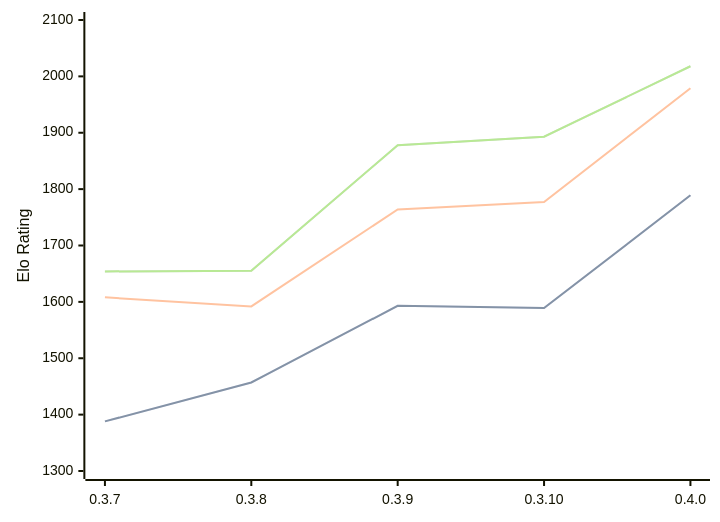
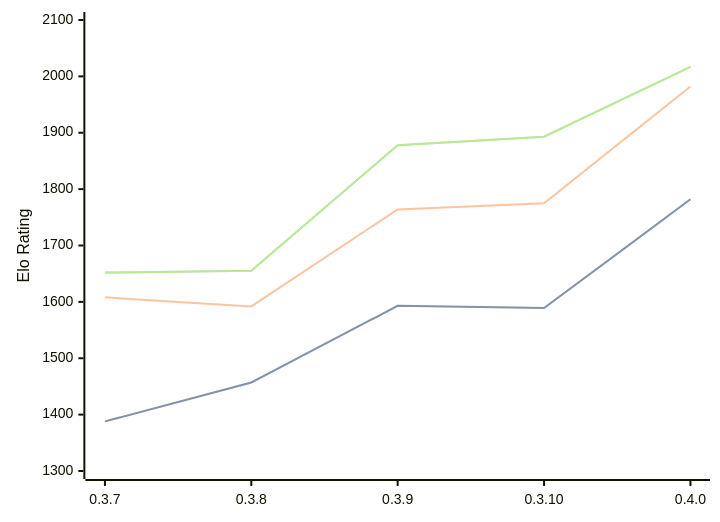
Before and after one commit to computer-chess-index/cci: the diagram in engines/Arche.md, drawn with Mermaid. The commit also changed other lines of this file, not shown here.

Commit message:
Update CCI Ratings (ELO VLTC) - 2026-09-03

````diff
--- a/engines/Arche.md
+++ b/engines/Arche.md
@@ -35,11 +35,11 @@
 ```mermaid
 %%{init: {"theme":"base","themeVariables":{"seriesColors:['#a3a3a3','#222221','#faa371']}}}%%
 xychart-beta
   x-axis ["0.3.7", "0.3.8", "0.3.9", "0.3.10", "0.4.0"]
   y-axis "Elo Rating" 1300 --> 2100
-  line "" [1388, 1457, 1593, 1589, 1789]
-  line "STC (8.0+0.08s)" [1388, 1457, 1593, 1589, 1789]
-  line "LTC (60.0+0.60s)" [1608, 1592, 1764, 1777, 1979]
-  line "" [1654, 1655, 1878, 1893, 2018]
-  line "VLTC (2m24s+1.12s)" [1654, 1655, 1878, 1893, 2018]
+  line "" [1388, 1457, 1593, 1589, 1782]
+  line "STC (8.0+0.08s)" [1388, 1457, 1593, 1589, 1782]
+  line "LTC (60.0+0.60s)" [1608, 1592, 1764, 1775, 1982]
+  line "" [1652, 1655, 1878, 1893, 2017]
+  line "VLTC (2m24s+1.12s)" [1652, 1655, 1878, 1893, 2017]
 ```
````
